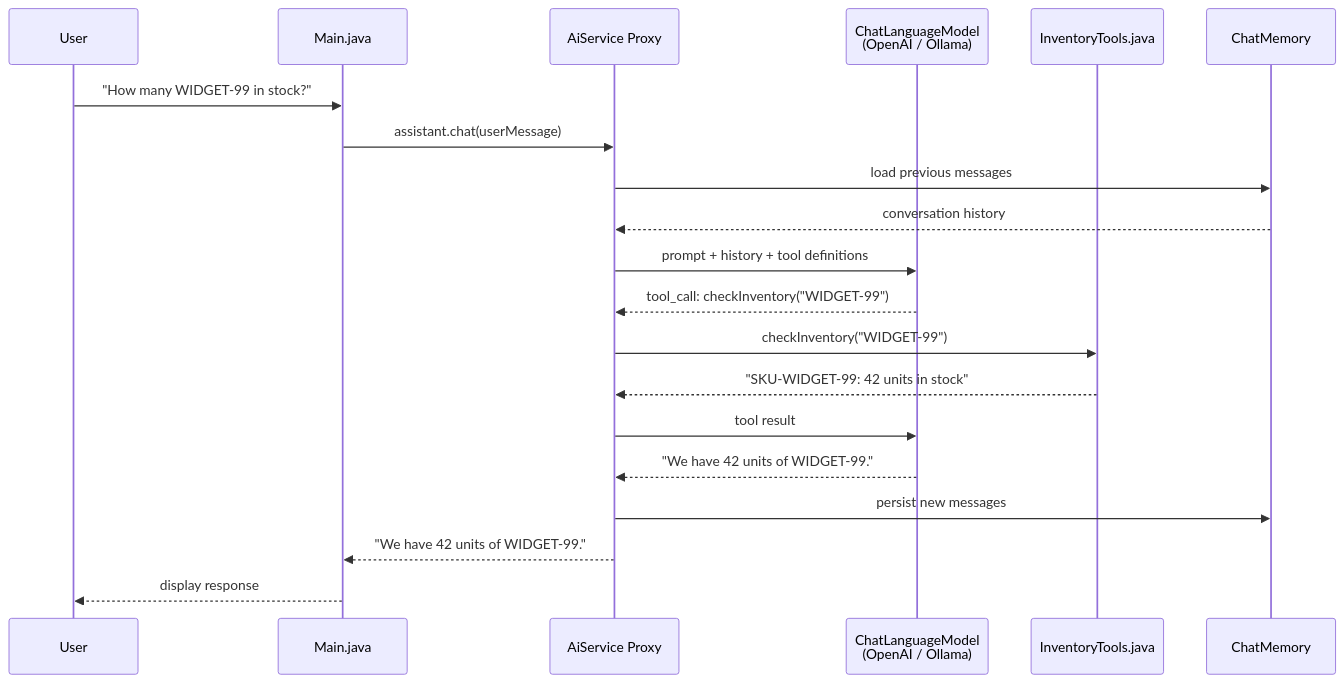
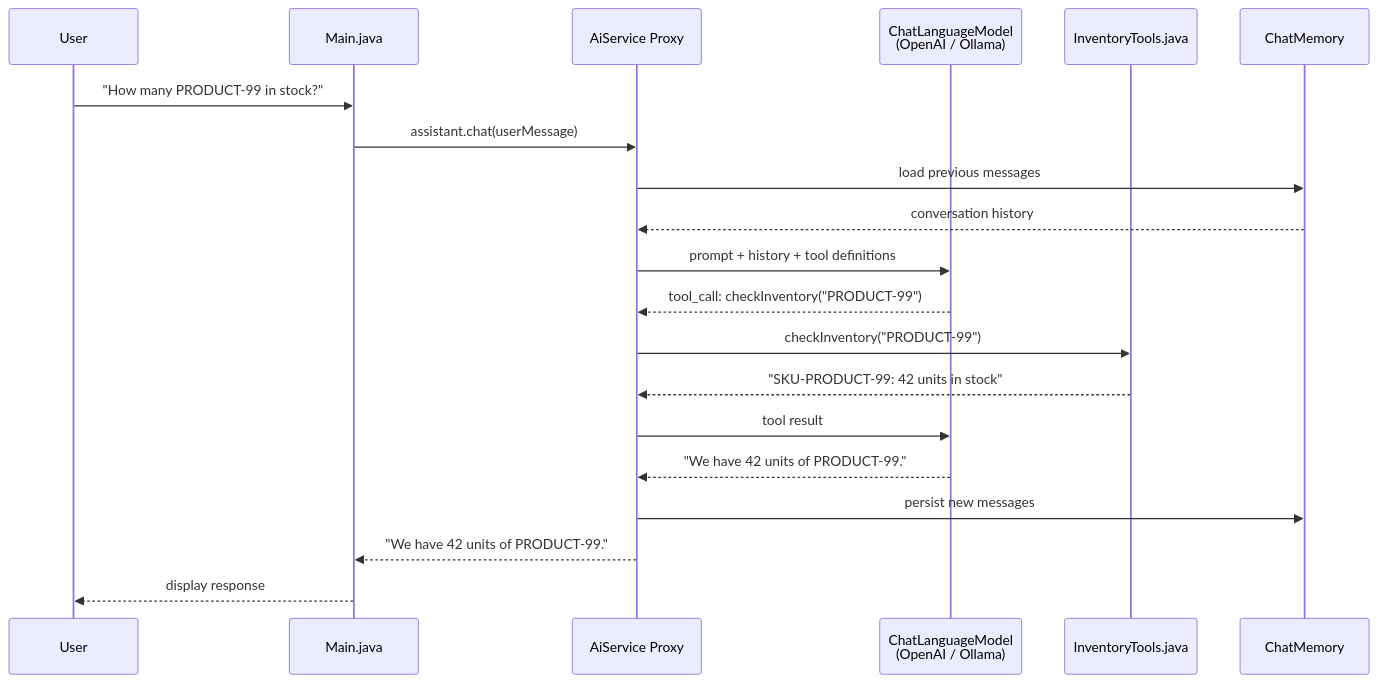
The first of 3 diagrams in docs/architecture.mdx (odselsevier/langchain4j-init), drawn with Mermaid before and after one commit. The commit also changed 19 other files, not shown here.

````diff
--- a/docs/architecture.mdx
+++ b/docs/architecture.mdx
@@ -21,23 +21,23 @@
 ```mermaid
 sequenceDiagram
     participant User
     participant App as Main.java
     participant AI as AiService Proxy
     participant LLM as ChatLanguageModel<br/>(OpenAI / Ollama)
     participant Tool as InventoryTools.java
     participant Mem as ChatMemory
 
-    User->>App: "How many WIDGET-99 in stock?"
+    User->>App: "How many PRODUCT-99 in stock?"
     App->>AI: assistant.chat(userMessage)
     AI->>Mem: load previous messages
     Mem-->>AI: conversation history
     AI->>LLM: prompt + history + tool definitions
-    LLM-->>AI: tool_call: checkInventory("WIDGET-99")
-    AI->>Tool: checkInventory("WIDGET-99")
-    Tool-->>AI: "SKU-WIDGET-99: 42 units in stock"
+    LLM-->>AI: tool_call: checkInventory("PRODUCT-99")
+    AI->>Tool: checkInventory("PRODUCT-99")
+    Tool-->>AI: "SKU-PRODUCT-99: 42 units in stock"
     AI->>LLM: tool result
-    LLM-->>AI: "We have 42 units of WIDGET-99."
+    LLM-->>AI: "We have 42 units of PRODUCT-99."
     AI->>Mem: persist new messages
-    AI-->>App: "We have 42 units of WIDGET-99."
+    AI-->>App: "We have 42 units of PRODUCT-99."
     App-->>User: display response
 ```
````
